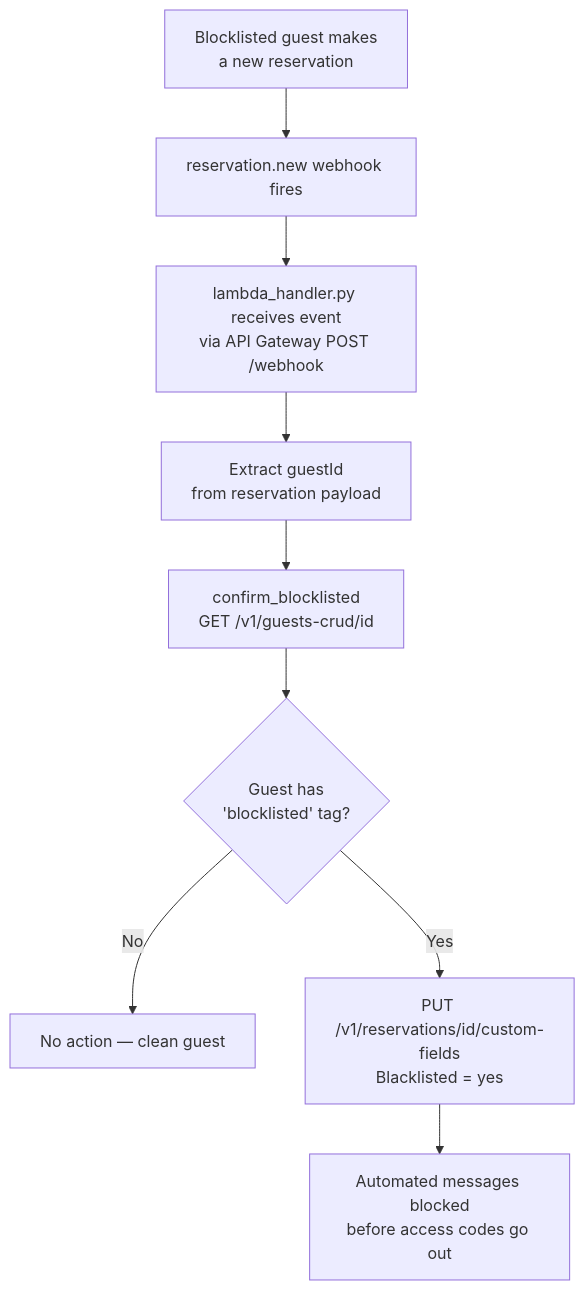
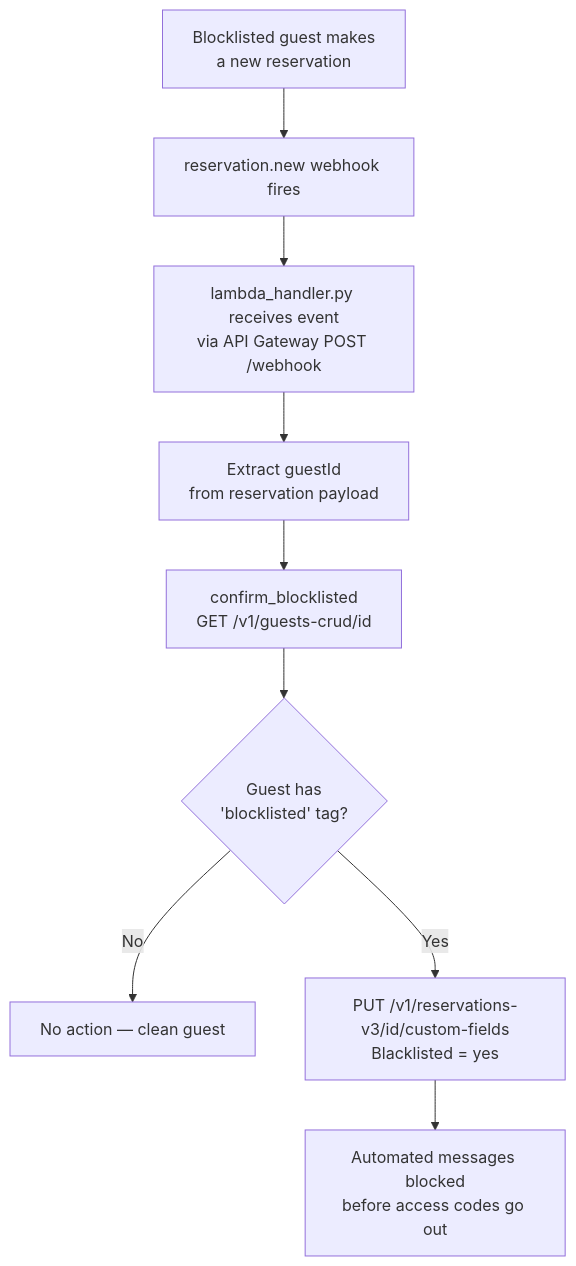
The third of 3 diagrams in README.md (davidlin1123/Guesty-API), drawn with Mermaid before and after one commit. The commit also changed other lines of this file and 5 other files, not shown here.

````diff
--- a/README.md
+++ b/README.md
@@ -72,11 +72,11 @@
 ```mermaid
 flowchart TD
     A[Blocklisted guest makes\na new reservation] --> B[reservation.new webhook fires]
     B --> C[lambda_handler.py receives event\nvia API Gateway POST /webhook]
     C --> D[Extract guestId\nfrom reservation payload]
     D --> E[confirm_blocklisted\nGET /v1/guests-crud/id]
     E --> F{Guest has\n'blocklisted' tag?}
     F -->|No| G[No action — clean guest]
-    F -->|Yes| H[PUT /v1/reservations/id/custom-fields\nBlacklisted = yes]
+    F -->|Yes| H[PUT /v1/reservations-v3/id/custom-fields\nBlacklisted = yes]
     H --> I[Automated messages blocked\nbefore access codes go out]
 ```
````
